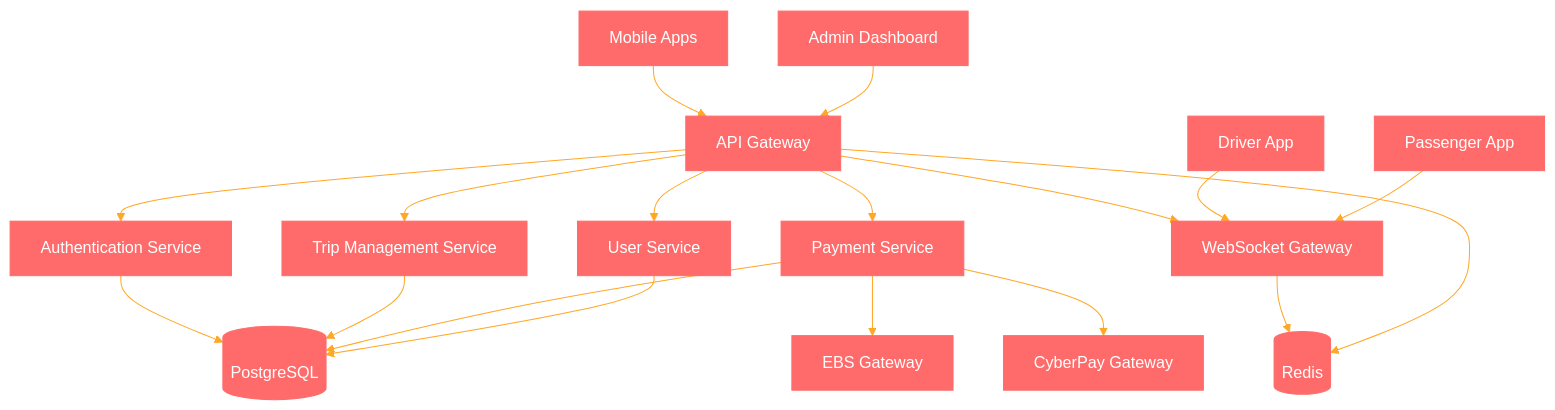
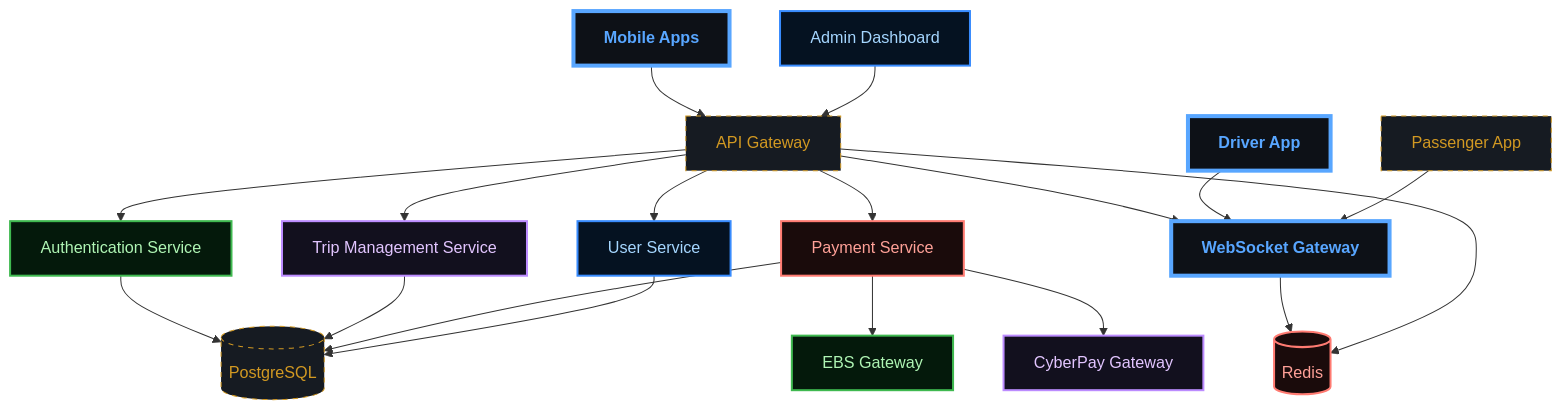
Before and after one commit to abdoElHodaky/transportapp: the first of 2 diagrams in README.md, drawn with Mermaid. The commit also changed other lines of this file and 9 other files, not shown here.

````diff
--- a/README.md
+++ b/README.md
@@ -96,25 +96,59 @@
 ```mermaid
-%%{init: {'theme':'base', 'themeVariables': {'primaryColor':'#ff6b6b','primaryTextColor':'#fff','primaryBorderColor':'#ff6b6b','lineColor':'#ffa726','sectionBkgColor':'#ff6b6b','altSectionBkgColor':'#fff','gridColor':'#fff','secondaryColor':'#006100','tertiaryColor':'#fff'}}}%%
 graph TB
     A[Mobile Apps] --> B[API Gateway]
     B --> C[Authentication Service]
     B --> D[Trip Management Service]
     B --> E[Payment Service]
     B --> F[User Service]
     B --> G[WebSocket Gateway]
     
     C --> H[(PostgreSQL)]
     D --> H
     E --> H
     F --> H
     
     E --> I[EBS Gateway]
     E --> J[CyberPay Gateway]
     
     G --> K[(Redis)]
     B --> K
     
     L[Admin Dashboard] --> B
     M[Driver App] --> G
     N[Passenger App] --> G
+
+    %% --- DARK GRADIENT & GLOW STYLING ---
+    
+    %% Main Dashboard (Neon Cyan/Blue)
+    classDef main fill:#0d1117,stroke:#58a6ff,stroke-width:4px,color:#58a6ff,font-weight:bold;
+    
+    %% Decision Diamond (Gold Glow)
+    classDef decision fill:#161b22,stroke:#d29922,color:#d29922,stroke-dasharray: 5 5;
+    
+    %% Revenue (Emerald Gradient Style)
+    classDef revNode fill:#04190b,stroke:#3fb950,color:#aff5b4,stroke-width:2px;
+    
+    %% Commission (Purple Gradient Style)
+    classDef commNode fill:#12101e,stroke:#bc8cff,color:#e2c5ff,stroke-width:2px;
+    
+    %% Refund (Ruby Gradient Style)
+    classDef refNode fill:#1a0b0b,stroke:#ff7b72,color:#ffa198,stroke-width:2px;
+    
+    %% Earnings (Sapphire Gradient Style)
+    classDef earnNode fill:#051221,stroke:#388bfd,color:#a5d6ff,stroke-width:2px;
+
+    class A main;
+    class B decision;
+    class C revNode;
+    class D commNode;
+    class E refNode;
+    class F earnNode;
+    class G main;
+    class H decision;
+    class I revNode;
+    class J commNode;
+    class K refNode;
+    class L earnNode;
+    class M main;
+    class N decision;
 ```
````
